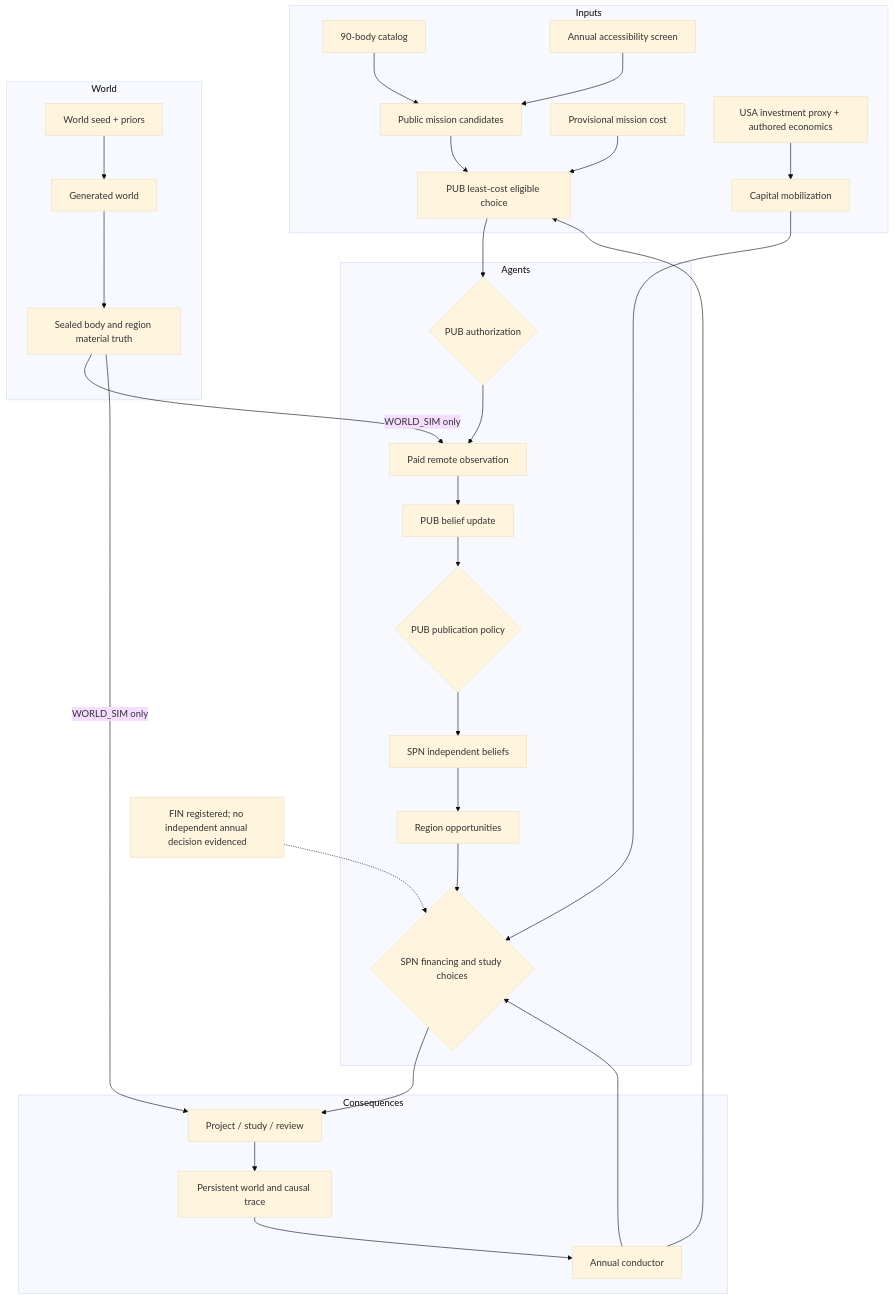
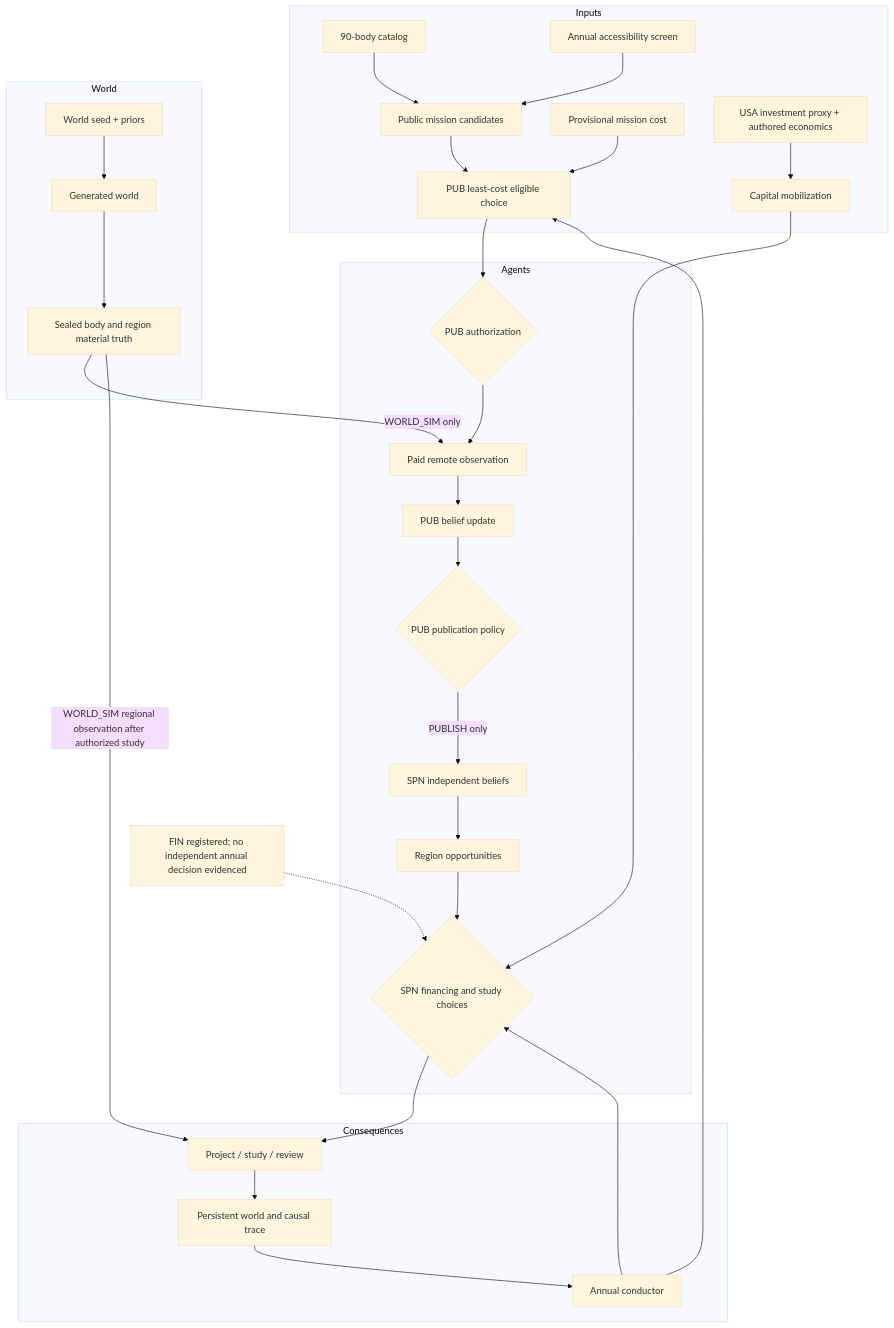
One commit to loom-2226/loom-2226 changed the first of 11 diagrams in simulation/offworld_mvp/build7/atlas/ATLAS.md. Above: the diagram before and after it, drawn with Mermaid (base theme). The commit also changed other lines of this file and 8 other files, not shown here.

````diff
--- a/simulation/offworld_mvp/build7/atlas/ATLAS.md
+++ b/simulation/offworld_mvp/build7/atlas/ATLAS.md
@@ -9,34 +9,34 @@
 ```mermaid
 flowchart TD
  subgraph Inputs
  CAT["90-body catalog"] --> CAND["Public mission candidates"]
  SCREEN["Annual accessibility screen"] --> CAND
  COST["Provisional mission cost"] --> CHOOSE["PUB least-cost eligible choice"]
  CAND --> CHOOSE
  ECON["USA investment proxy + authored economics"] --> MOB["Capital mobilization"]
  end
  subgraph World
  SEED["World seed + priors"] --> GEN["Generated world"]
  GEN --> TRUTH["Sealed body and region material truth"]
  end
  subgraph Agents
  CHOOSE --> PUB{"PUB authorization"}
  PUB --> REM["Paid remote observation"]
  TRUTH -->|"WORLD_SIM only"| REM
  REM --> BEL["PUB belief update"]
  BEL --> PUBLISH{"PUB publication policy"}
- PUBLISH --> SPNBEL["SPN independent beliefs"]
+ PUBLISH -->|"PUBLISH only"| SPNBEL["SPN independent beliefs"]
  SPNBEL --> OPP["Region opportunities"]
  MOB --> SPN{"SPN financing and study choices"}
  OPP --> SPN
  end
  subgraph Consequences
  SPN --> PROJECT["Project / study / review"]
- TRUTH -->|"WORLD_SIM only"| PROJECT
+ TRUTH -->|"WORLD_SIM regional observation after authorized study"| PROJECT
  PROJECT --> STATE["Persistent world and causal trace"]
  STATE --> YEAR["Annual conductor"]
  YEAR --> CHOOSE
  YEAR --> SPN
  end
  FIN["FIN registered; no independent annual decision evidenced"] -.-> SPN
 ```
````
